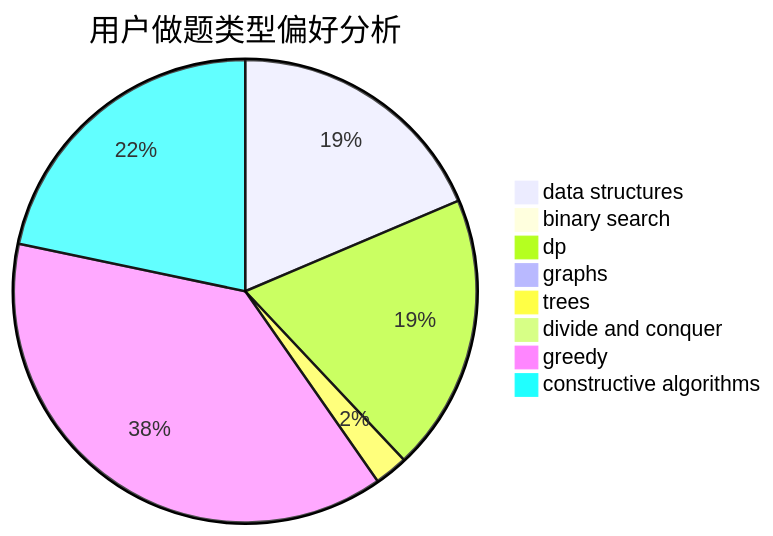
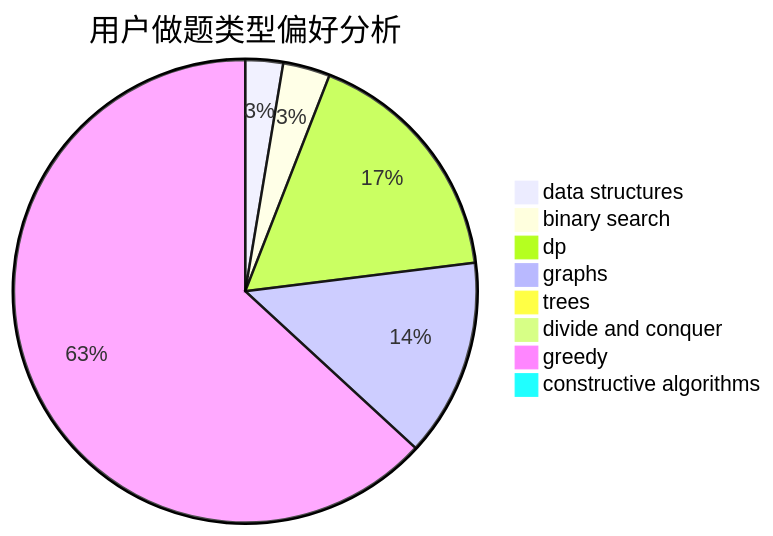
The second of 3 diagrams in docs/user/u1694.md (sherpahu/cfrs.github.io), drawn with Mermaid before and after one commit. The commit also changed other lines of this file and 2770 other files, not shown here.

````diff
--- a/docs/user/u1694.md
+++ b/docs/user/u1694.md
@@ -23,11 +23,11 @@
 ```mermaid
 pie title 用户做题类型偏好分析
-    "data structures" :  24
-    "binary search" :  0
-    "dp" :  25
-    "graphs" :  0
-    "trees" :  3
+    "data structures" :  4
+    "binary search" :  5
+    "dp" :  26
+    "graphs" :  21
+    "trees" :  0
     "divide and conquer" :  0
-    "greedy" :  49
-    "constructive algorithms" :  28
+    "greedy" :  96
+    "constructive algorithms" :  0
 ```
````
